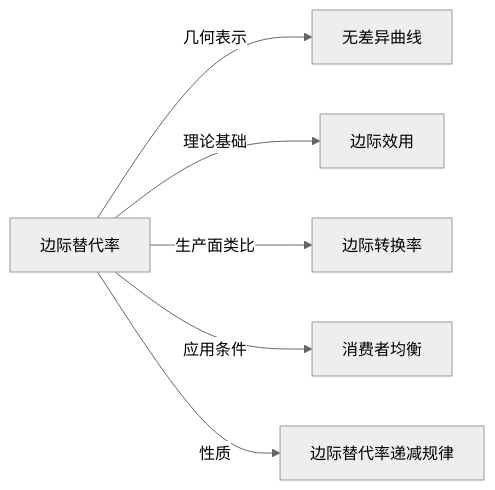
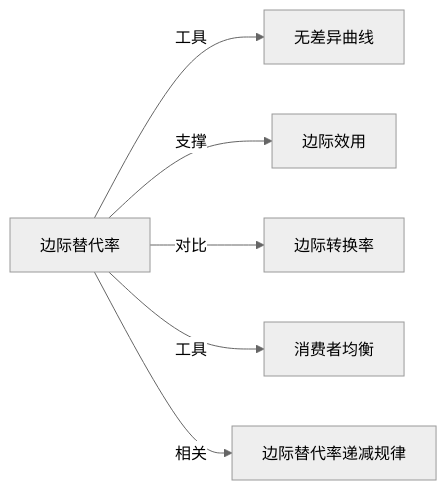
The diagram in Knowledge/Concepts/经济/边际替代率.md (KIMMCHOW/MyKnowledge), drawn with Mermaid (neutral theme) before and after one commit. The commit also changed 95 other files, not shown here.

Commit message:
reorganize: 统一关系图边标签为11类

````diff
--- a/Knowledge/Concepts/经济/边际替代率.md
+++ b/Knowledge/Concepts/经济/边际替代率.md
@@ -45,8 +45,8 @@
 ```mermaid
 graph LR
-边际替代率 -->|几何表示| 无差异曲线
-边际替代率 -->|理论基础| 边际效用
-边际替代率 -->|生产面类比| 边际转换率
-边际替代率 -->|应用条件| 消费者均衡
-边际替代率 -->|性质| 边际替代率递减规律
+边际替代率 -->|工具| 无差异曲线
+边际替代率 -->|支撑| 边际效用
+边际替代率 -->|对比| 边际转换率
+边际替代率 -->|工具| 消费者均衡
+边际替代率 -->|相关| 边际替代率递减规律
 ```
````
